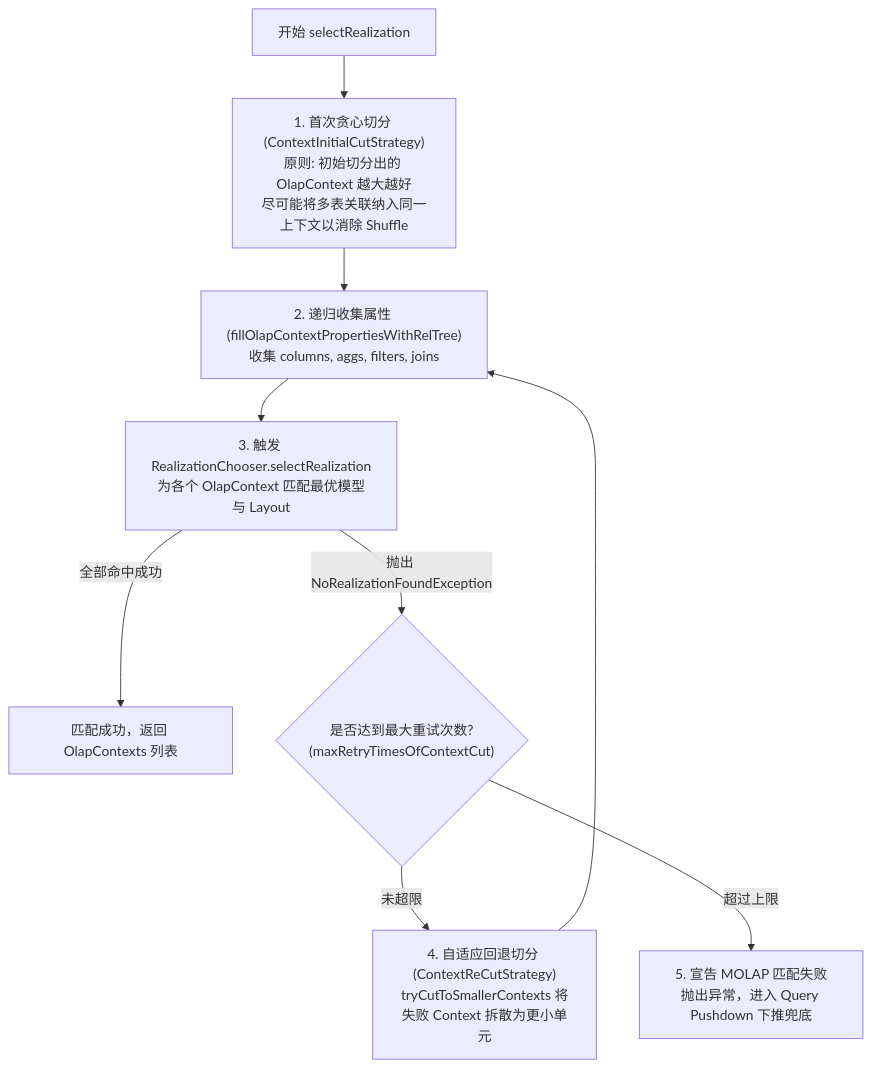
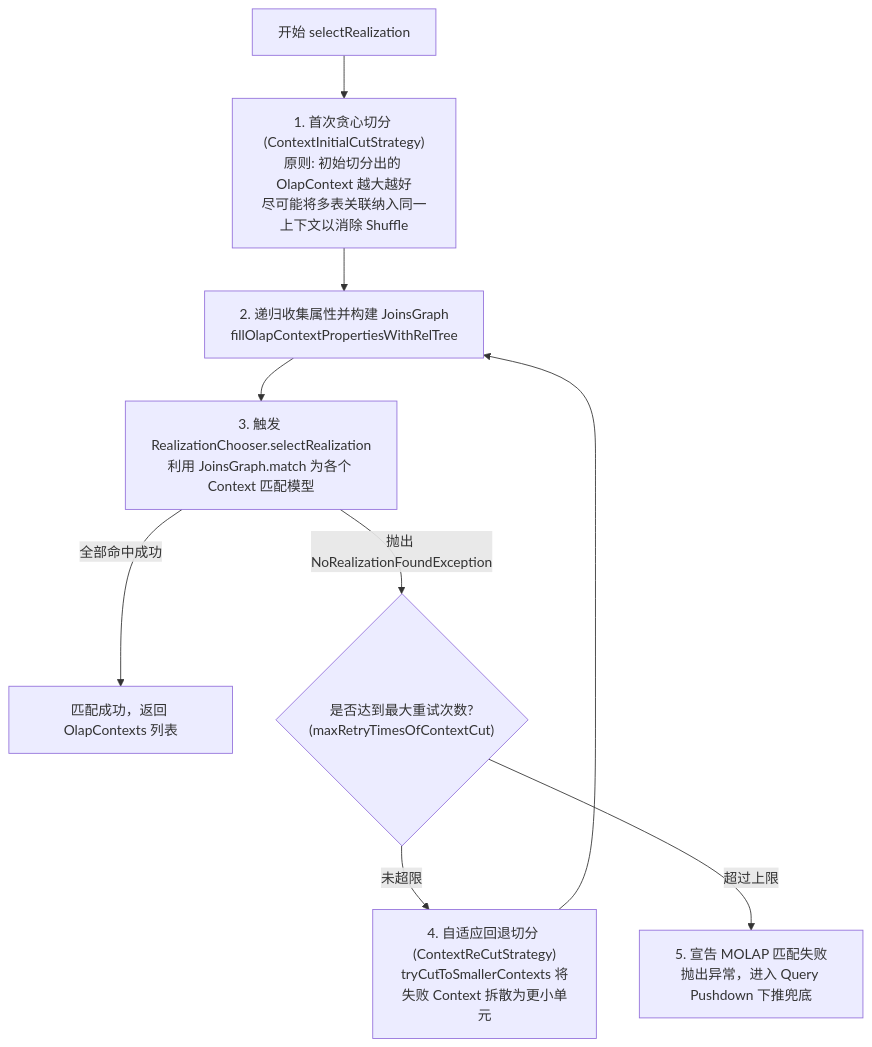
Before and after one commit to Mrhs121/mrhs121.github.io: the third of 5 diagrams in posts/2026-08-18-kylin-query-engine-03-olap-context-and-cbo.md, drawn with Mermaid. The commit also changed other lines of this file, not shown here.

Commit message:
docs: 深度细化第三篇，全面剖析 JoinsGraph 图同构匹配、双向交换边与 LeftOrInner 归一化

````diff
--- a/posts/2026-08-18-kylin-query-engine-03-olap-context-and-cbo.md
+++ b/posts/2026-08-18-kylin-query-engine-03-olap-context-and-cbo.md
@@ -87,17 +183,17 @@
 ```mermaid
 flowchart TD
     Start["开始 selectRealization"] --> InitialCut["1. 首次贪心切分 (ContextInitialCutStrategy)<br/>原则: 初始切分出的 OlapContext 越大越好<br/>尽可能将多表关联纳入同一上下文以消除 Shuffle"]
     
-    InitialCut --> FillProp["2. 递归收集属性 (fillOlapContextPropertiesWithRelTree)<br/>收集 columns, aggs, filters, joins"]
+    InitialCut --> FillProp["2. 递归收集属性并构建 JoinsGraph<br/>fillOlapContextPropertiesWithRelTree"]
     
-    FillProp --> Choose["3. 触发 RealizationChooser.selectRealization<br/>为各个 OlapContext 匹配最优模型与 Layout"]
+    FillProp --> Choose["3. 触发 RealizationChooser.selectRealization<br/>利用 JoinsGraph.match 为各个 Context 匹配模型"]
     
     Choose -- 全部命中成功 --> Success["匹配成功，返回 OlapContexts 列表"]
     
     Choose -- 抛出 NoRealizationFoundException --> RetryCheck{"是否达到最大重试次数?<br/>(maxRetryTimesOfContextCut)"}
     
     RetryCheck -- 未超限 --> ReCut["4. 自适应回退切分 (ContextReCutStrategy)<br/>tryCutToSmallerContexts 将失败 Context 拆散为更小单元"]
     ReCut --> FillProp
     
     RetryCheck -- 超过上限 --> Fallback["5. 宣告 MOLAP 匹配失败<br/>抛出异常，进入 Query Pushdown 下推兜底"]
 ```
````
